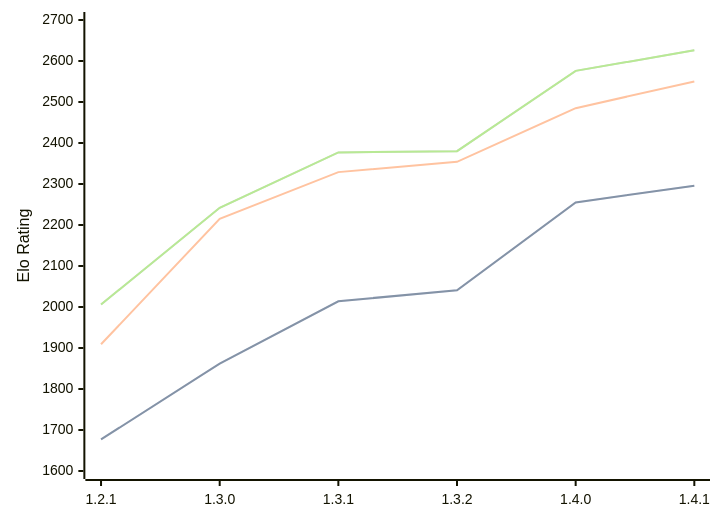
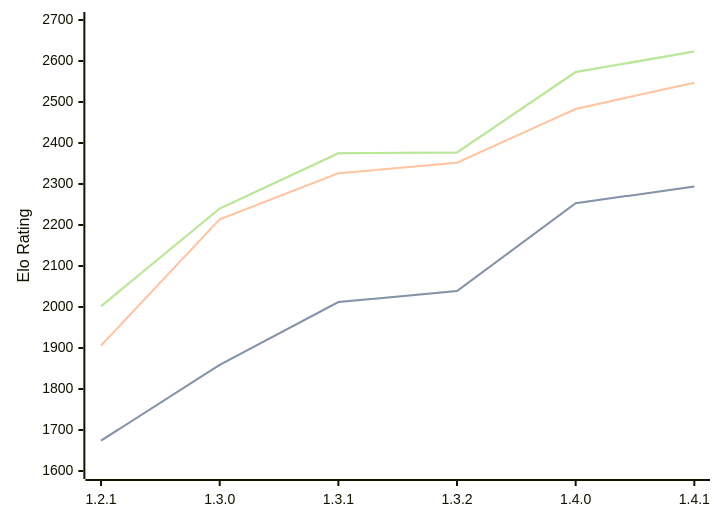
One commit to computer-chess-index/cci changed the diagram in engines/Chal.md. Above: the diagram before and after it, drawn with Mermaid. The commit also changed other lines of this file, not shown here.

Commit message:
Update CCI Ratings (ELO VLTC) - 2026-06-08

````diff
--- a/engines/Chal.md
+++ b/engines/Chal.md
@@ -39,11 +39,11 @@
 ```mermaid
 %%{init: {"theme":"base","themeVariables":{"seriesColors:['#a3a3a3','#222221','#faa371']}}}%%
 xychart-beta
   x-axis ["1.2.1", "1.3.0", "1.3.1", "1.3.2", "1.4.0", "1.4.1"]
   y-axis "Elo Rating" 1600 --> 2700
-  line "STC (8.0+0.08s)" [1677, 1862, 2014, 2041, 2255, 2296]
-  line "STC (8.0+0.08s)" [1677, 1862, 2014, 2041, 2255, 2296]
-  line "LTC (60.0+0.60s)" [1909, 2215, 2329, 2354, 2485, 2550]
-  line "VLTC (2m24s+1.12s)" [2006, 2242, 2377, 2380, 2576, 2626]
-  line "VLTC (2m24s+1.12s)" [2006, 2242, 2377, 2380, 2576, 2626]
+  line "STC (8.0+0.08s)" [1674, 1859, 2012, 2039, 2253, 2294]
+  line "STC (8.0+0.08s)" [1674, 1859, 2012, 2039, 2253, 2294]
+  line "LTC (60.0+0.60s)" [1906, 2214, 2326, 2352, 2483, 2547]
+  line "VLTC (2m24s+1.12s)" [2002, 2240, 2375, 2377, 2573, 2623]
+  line "VLTC (2m24s+1.12s)" [2002, 2240, 2375, 2377, 2573, 2623]
 ```
````
